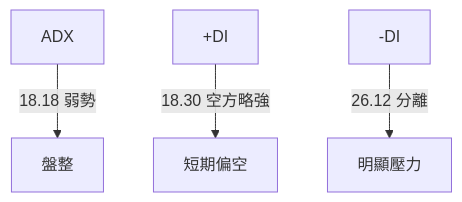
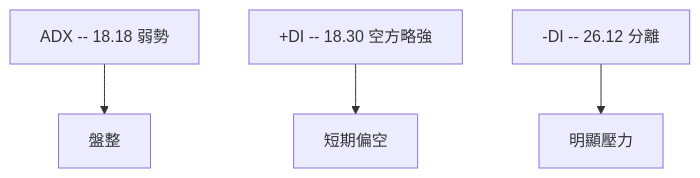
Before and after one commit to yennanliu/finance_data: the third of 11 diagrams in ai_gen_report/stock/pltr/technical_analysis_2026-04-01_openai.md, drawn with Mermaid. The commit also changed other lines of this file and 2258 other files, not shown here.

First line of the commit message:
chore: backfill Mermaid syntax repair across existing reports

````diff
--- a/ai_gen_report/stock/pltr/technical_analysis_2026-04-01_openai.md
+++ b/ai_gen_report/stock/pltr/technical_analysis_2026-04-01_openai.md
@@ -141,6 +141,6 @@
 ```mermaid
 graph TD
-    ADX -- 18.18 弱勢 --> 盤整
-    +DI -- 18.30 空方略強 --> 短期偏空
-    -DI -- 26.12 分離 --> 明顯壓力
+    nb1["ADX -- 18.18 弱勢"] --> 盤整
+    nb2["+DI -- 18.30 空方略強"] --> 短期偏空
+    nb3["-DI -- 26.12 分離"] --> 明顯壓力
 ```
````
